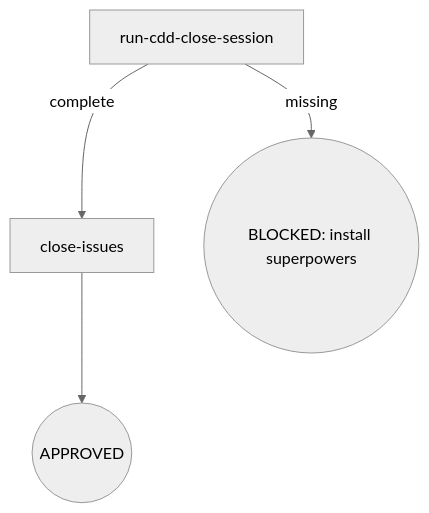
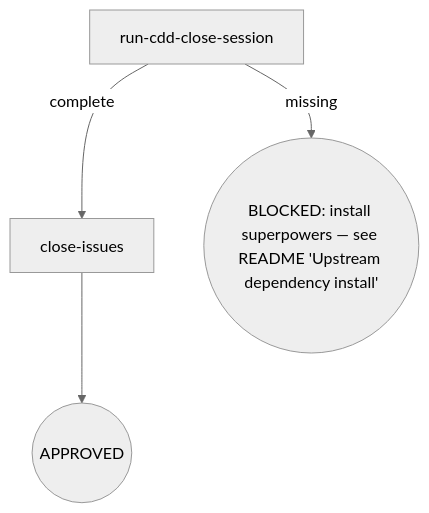
Before and after one commit to Oscaner/skills: the diagram in packages/kairos/skills/cdd-close/SKILL.md, drawn with Mermaid (neutral theme). The commit also changed other lines of this file and 12 other files, not shown here.

Commit message:
fix(kairos): re-anchor BLOCKED install guidance to README install table + config/ path hygiene (T7/T8 review-1 fix)

````diff
--- a/packages/kairos/skills/cdd-close/SKILL.md
+++ b/packages/kairos/skills/cdd-close/SKILL.md
@@ -12,6 +12,6 @@
 ```mermaid
 flowchart TD
   A[run-cdd-close-session] -->|complete| C[close-issues]
-  A -->|missing| Z1((BLOCKED: install superpowers))
+  A -->|missing| Z1((BLOCKED: install superpowers — see README 'Upstream dependency install'))
   C --> K((APPROVED))
 ```
````
